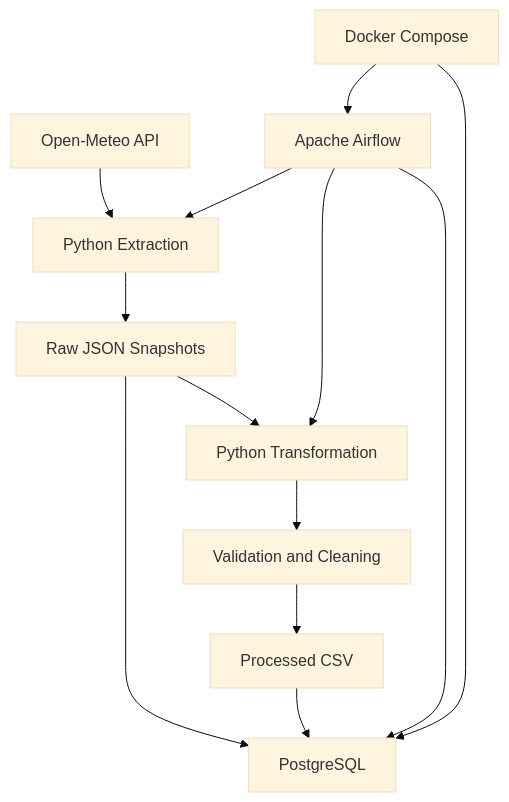
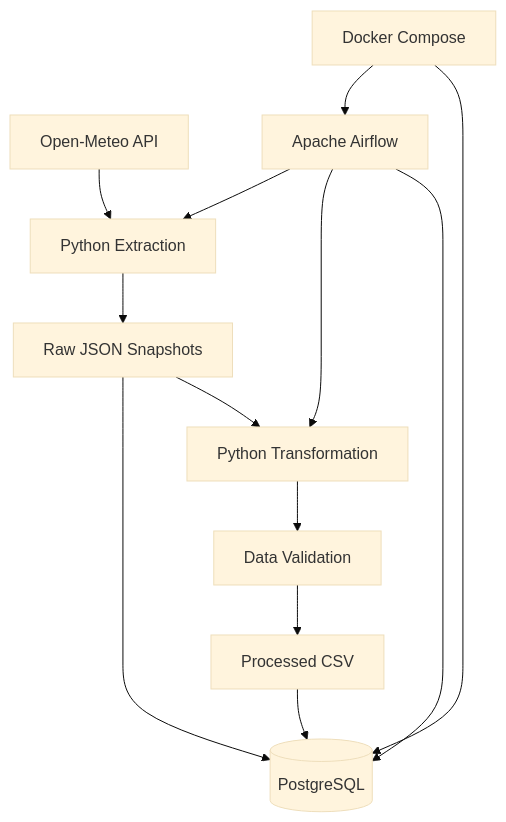
The diagram in README.md (dhru07/weather-data-engineering-pipeline), drawn with Mermaid (base theme) before and after one commit. The commit also changed other lines of this file, not shown here.

````diff
--- a/README.md
+++ b/README.md
@@ -24,15 +29,17 @@
 ```mermaid
 flowchart TD
-    A[Open-Meteo API] --> B[Python Extraction]
-    B --> C[Raw JSON Snapshots]
-    C --> D[Python Transformation]
-    D --> E[Validation and Cleaning]
-    E --> F[Processed CSV]
-    C --> G[PostgreSQL]
+    A["Open-Meteo API"] --> B["Python Extraction"]
+    B --> C["Raw JSON Snapshots"]
+    C --> D["Python Transformation"]
+    D --> E["Data Validation"]
+    E --> F["Processed CSV"]
+    C --> G[("PostgreSQL")]
     F --> G
-    H[Apache Airflow] --> B
+
+    H["Apache Airflow"] --> B
     H --> D
     H --> G
-    I[Docker Compose] --> H
+
+    I["Docker Compose"] --> H
     I --> G
 ```
````
